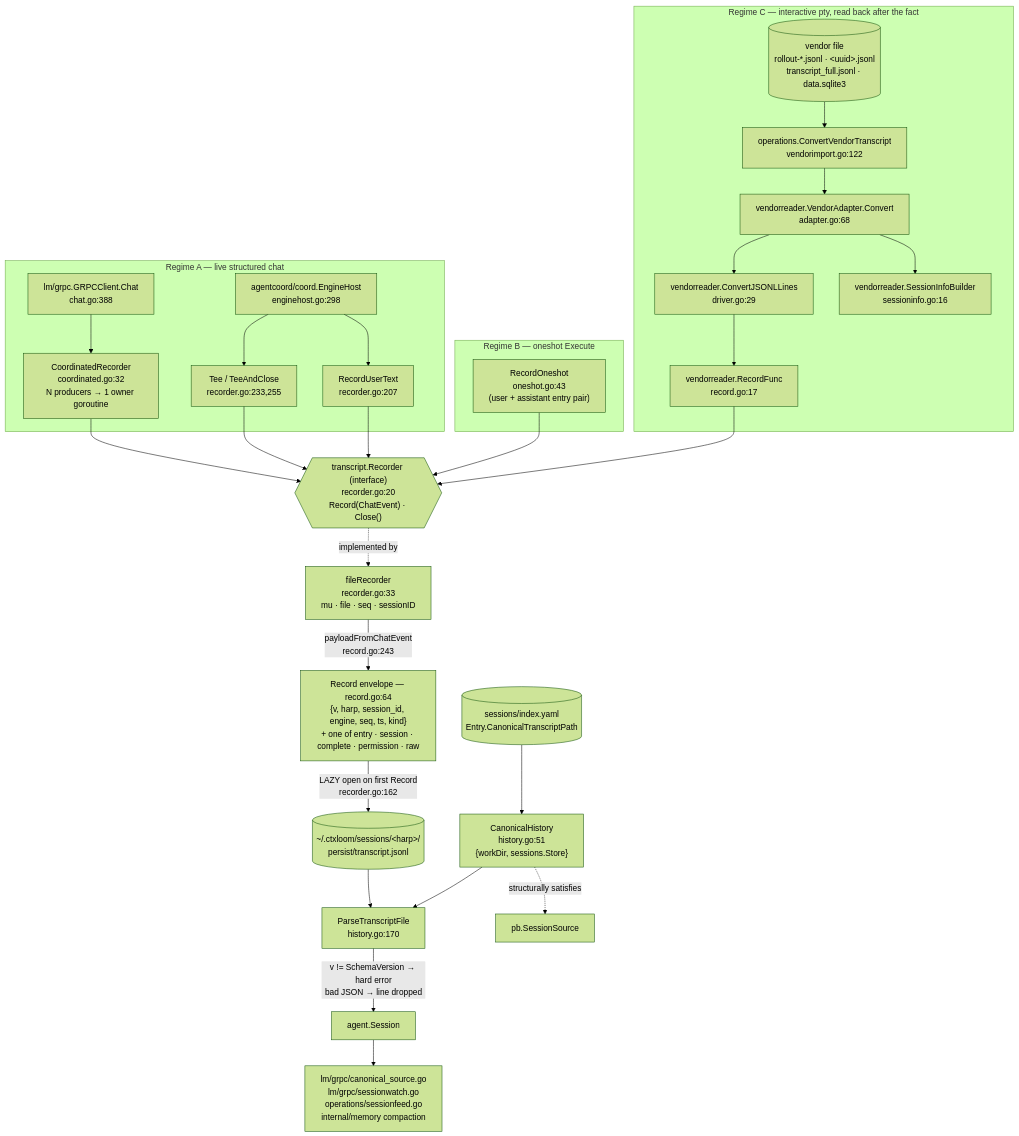
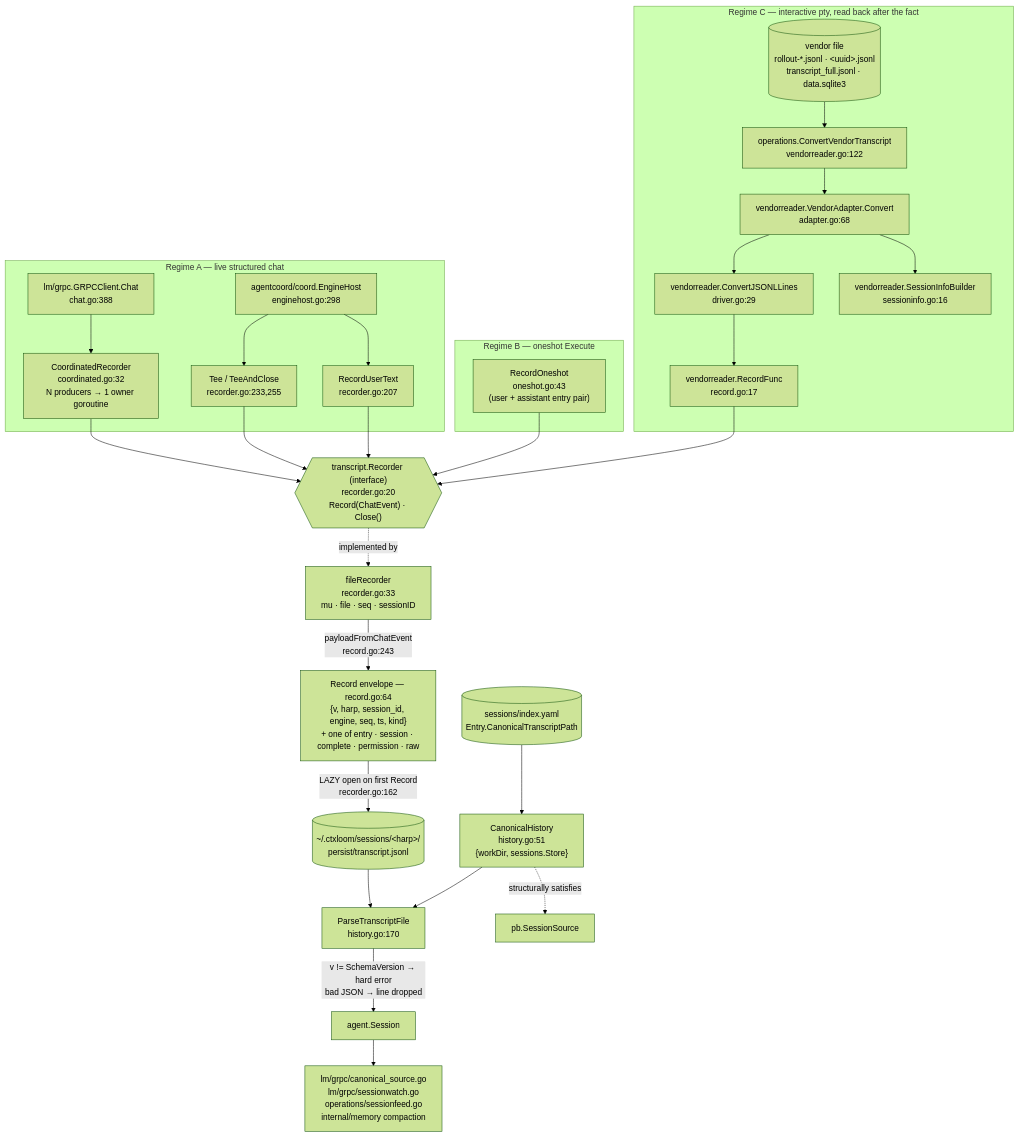
The first of 2 diagrams in docs/architecture/companions/transcript.md (ctxloom/ctxloom), drawn with Mermaid (forest theme) before and after one commit. The commit also changed other lines of this file and 19 other files, not shown here.

First line of the commit message:
refactor(operations): rename VendorImport* to VendorReader*

````diff
--- a/docs/architecture/companions/transcript.md
+++ b/docs/architecture/companions/transcript.md
@@ -23,47 +23,47 @@
 ```mermaid
 flowchart TD
     subgraph live["Regime A — live structured chat"]
       GC["lm/grpc.GRPCClient.Chat<br/>chat.go:388"]
       EH["agentcoord/coord.EngineHost<br/>enginehost.go:298"]
       CR["CoordinatedRecorder<br/>coordinated.go:32<br/>N producers → 1 owner goroutine"]
       TEE["Tee / TeeAndClose<br/>recorder.go:233,255"]
       RUT["RecordUserText<br/>recorder.go:207"]
     end
 
     subgraph oneshot["Regime B — oneshot Execute"]
       RO["RecordOneshot<br/>oneshot.go:43<br/>(user + assistant entry pair)"]
     end
 
     subgraph vendor["Regime C — interactive pty, read back after the fact"]
       VF[("vendor file<br/>rollout-*.jsonl · &lt;uuid&gt;.jsonl<br/>transcript_full.jsonl · data.sqlite3")]
-      CVT["operations.ConvertVendorTranscript<br/>vendorimport.go:122"]
+      CVT["operations.ConvertVendorTranscript<br/>vendorreader.go:122"]
       VA["vendorreader.VendorAdapter.Convert<br/>adapter.go:68"]
       DRV["vendorreader.ConvertJSONLLines<br/>driver.go:29"]
       SIB["vendorreader.SessionInfoBuilder<br/>sessioninfo.go:16"]
       RF["vendorreader.RecordFunc<br/>record.go:17"]
     end
 
     GC --> CR
     EH --> TEE
     EH --> RUT
     CR --> RECI
     TEE --> RECI
     RUT --> RECI
     RO --> RECI
     VF --> CVT --> VA --> DRV
     VA --> SIB
     DRV --> RF --> RECI
 
     RECI{{"transcript.Recorder (interface)<br/>recorder.go:20<br/>Record(ChatEvent) · Close()"}}
     RECI -.implemented by.-> FR["fileRecorder<br/>recorder.go:33<br/>mu · file · seq · sessionID"]
 
     FR -->|"payloadFromChatEvent<br/>record.go:243"| REC["Record envelope — record.go:64<br/>{v, harp, session_id, engine, seq, ts, kind}<br/>+ one of entry · session · complete · permission · raw"]
     REC -->|"LAZY open on first Record<br/>recorder.go:162"| DISK[("~/.ctxloom/sessions/&lt;harp&gt;/<br/>persist/transcript.jsonl")]
 
     DISK --> PTF["ParseTranscriptFile<br/>history.go:170"]
     PTF -->|"v != SchemaVersion → hard error<br/>bad JSON → line dropped"| SESS["agent.Session"]
     CH["CanonicalHistory<br/>history.go:51<br/>{workDir, sessions.Store}"] --> PTF
     CH -.structurally satisfies.-> PBS["pb.SessionSource"]
     IDX[("sessions/index.yaml<br/>Entry.CanonicalTranscriptPath")] --> CH
     SESS --> CONS["lm/grpc/canonical_source.go<br/>lm/grpc/sessionwatch.go<br/>operations/sessionfeed.go<br/>internal/memory compaction"]
 ```
````
